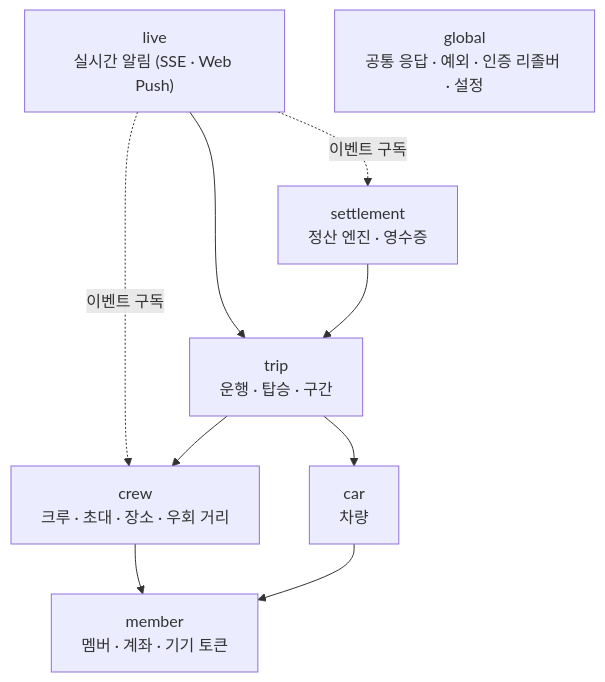
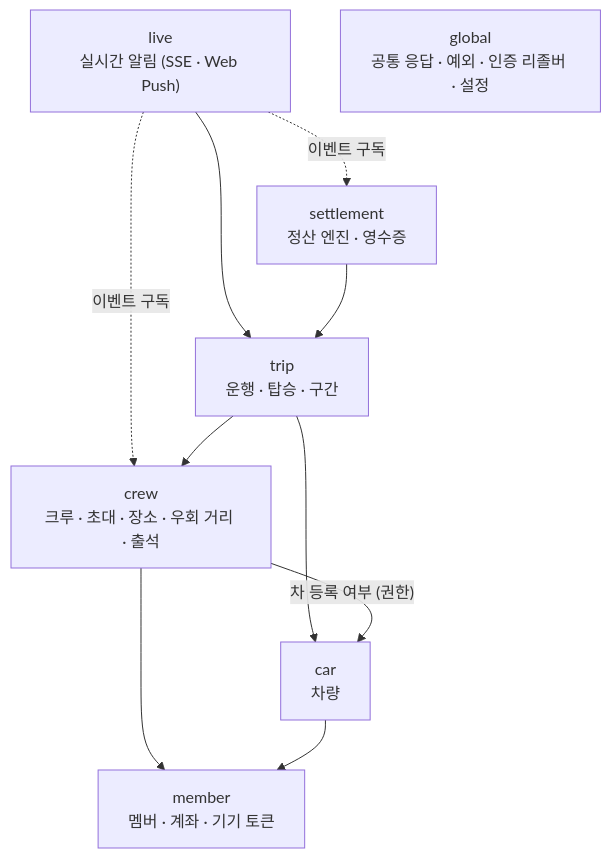
Before and after one commit to hyundai-full-accel/paircar-server: the second of 4 diagrams in docs/architecture.md, drawn with Mermaid. The commit also changed other lines of this file and 29 other files, not shown here.

````diff
--- a/docs/architecture.md
+++ b/docs/architecture.md
@@ -76,19 +77,20 @@
 ```mermaid
 flowchart TD
     live["live<br/>실시간 알림 (SSE · Web Push)"]
     settlement["settlement<br/>정산 엔진 · 영수증"]
     trip["trip<br/>운행 · 탑승 · 구간"]
-    crew["crew<br/>크루 · 초대 · 장소 · 우회 거리"]
+    crew["crew<br/>크루 · 초대 · 장소 · 우회 거리 · 출석"]
     car["car<br/>차량"]
     member["member<br/>멤버 · 계좌 · 기기 토큰"]
     global["global<br/>공통 응답 · 예외 · 인증 리졸버 · 설정"]
 
     live -. "이벤트 구독" .-> settlement
     live -. "이벤트 구독" .-> crew
     live --> trip
     settlement --> trip
     trip --> crew
     trip --> car
+    crew -- "차 등록 여부 (권한)" --> car
     crew --> member
     car --> member
 ```
````
